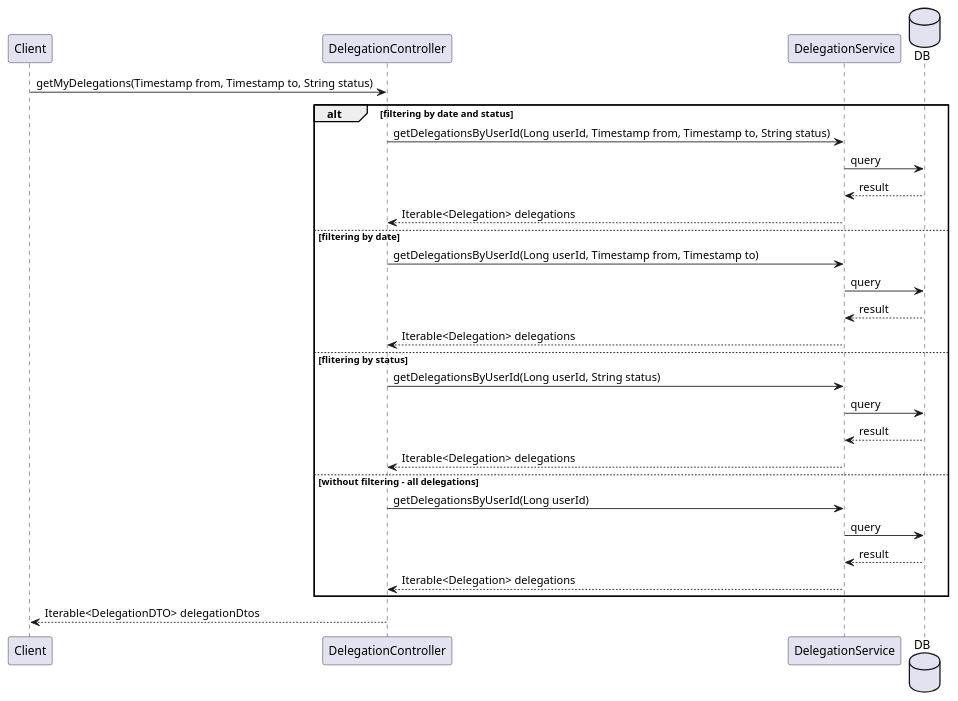
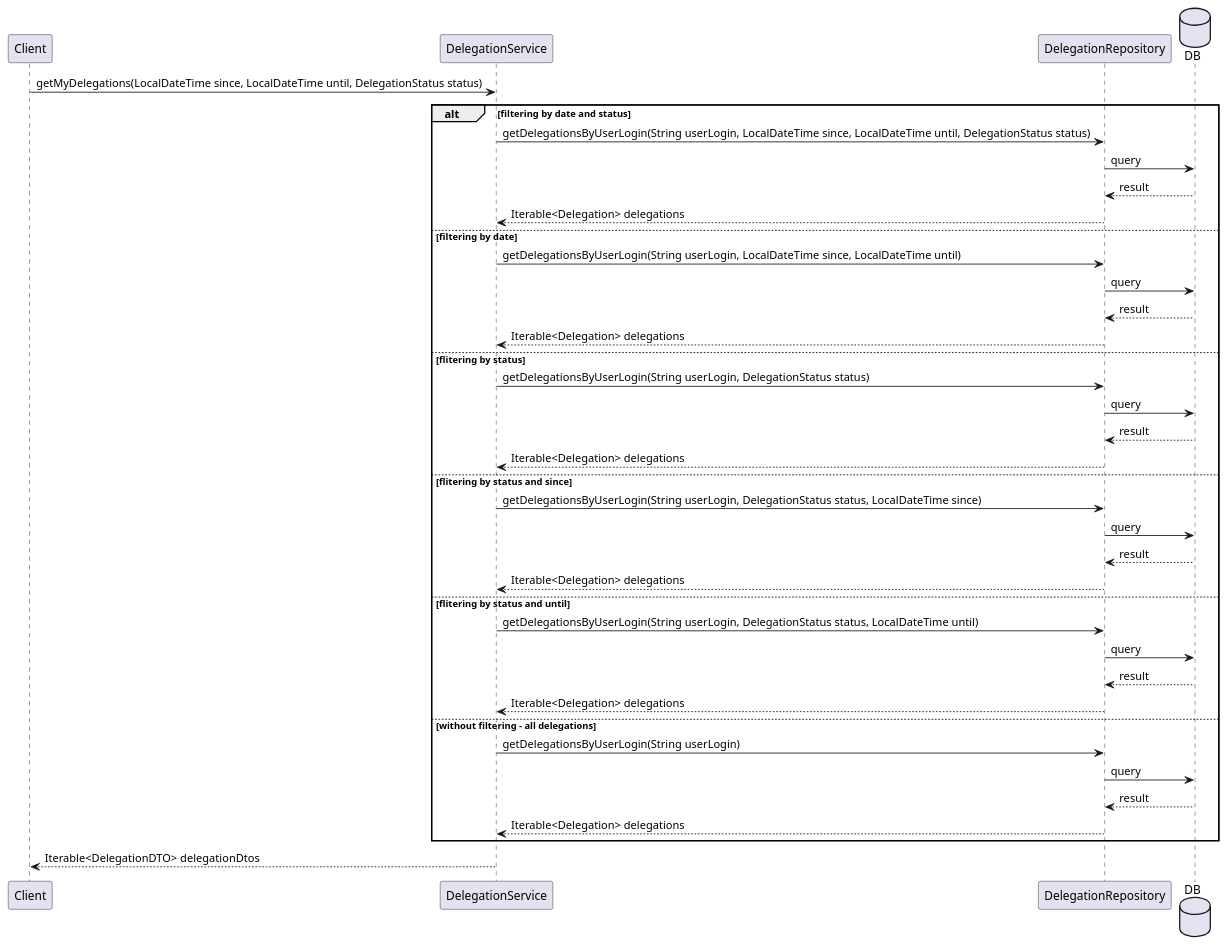
One commit to Buk1m/delegation-assistance changed the diagram in documentation/DelegationManagement/GetMyDelegations/GetMyDelegations.md. Above: the diagram before and after it, drawn with PlantUML. The commit also changed other lines of this file and 19 other files, not shown here.

First line of the commit message:
Merge pull request #26 in IP/idemia19 from feature/IDEMIA2019-2-backend-get-delegations to master

```diff
--- a/documentation/DelegationManagement/GetMyDelegations/GetMyDelegations.md
+++ b/documentation/DelegationManagement/GetMyDelegations/GetMyDelegations.md
@@ -5,26 +5,36 @@
-@startuml
-"Client"->"DelegationController":getMyDelegations(Timestamp from, Timestamp to, String status)
+@startuml getMyDelegations
+"Client"->"DelegationService":getMyDelegations(LocalDateTime since, LocalDateTime until, DelegationStatus status)
 alt filtering by date and status
-    "DelegationController"->DelegationService:getDelegationsByUserId(Long userId, Timestamp from, Timestamp to, String status)
-    database DB
-    DelegationService->DB:query
-    DB-->DelegationService:result
-    DelegationService-->"DelegationController":Iterable<Delegation> delegations
+"DelegationService"->DelegationRepository:getDelegationsByUserLogin(String userLogin, LocalDateTime since, LocalDateTime until, DelegationStatus status)
+database DB
+DelegationRepository->DB:query
+DB-->DelegationRepository:result
+DelegationRepository-->"DelegationService":Iterable<Delegation> delegations
 else filtering by date
-    "DelegationController"->DelegationService:getDelegationsByUserId(Long userId, Timestamp from, Timestamp to)
-    DelegationService->DB:query
-    DB-->DelegationService:result
-    DelegationService-->"DelegationController":Iterable<Delegation> delegations
+"DelegationService"->DelegationRepository:getDelegationsByUserLogin(String userLogin, LocalDateTime since, LocalDateTime until)
+DelegationRepository->DB:query
+DB-->DelegationRepository:result
+DelegationRepository-->"DelegationService":Iterable<Delegation> delegations
 else flitering by status
-    "DelegationController"->DelegationService:getDelegationsByUserId(Long userId, String status)
-    DelegationService->DB:query
-    DB-->DelegationService:result
-    DelegationService-->"DelegationController":Iterable<Delegation> delegations
+"DelegationService"->DelegationRepository:getDelegationsByUserLogin(String userLogin, DelegationStatus status)
+DelegationRepository->DB:query
+DB-->DelegationRepository:result
+DelegationRepository-->"DelegationService":Iterable<Delegation> delegations
+else flitering by status and since
+"DelegationService"->DelegationRepository:getDelegationsByUserLogin(String userLogin, DelegationStatus status, LocalDateTime since)
+DelegationRepository->DB:query
+DB-->DelegationRepository:result
+DelegationRepository-->"DelegationService":Iterable<Delegation> delegations
+else flitering by status and until
+"DelegationService"->DelegationRepository:getDelegationsByUserLogin(String userLogin, DelegationStatus status, LocalDateTime until)
+DelegationRepository->DB:query
+DB-->DelegationRepository:result
+DelegationRepository-->"DelegationService":Iterable<Delegation> delegations
 else without filtering - all delegations
-    "DelegationController"->DelegationService:getDelegationsByUserId(Long userId)
-    DelegationService->DB:query
-    DB-->DelegationService:result
-    DelegationService-->"DelegationController":Iterable<Delegation> delegations
+"DelegationService"->DelegationRepository:getDelegationsByUserLogin(String userLogin)
+DelegationRepository->DB:query
+DB-->DelegationRepository:result
+DelegationRepository-->"DelegationService":Iterable<Delegation> delegations
 end
-"DelegationController"-->Client:Iterable<DelegationDTO> delegationDtos
+"DelegationService"-->Client:Iterable<DelegationDTO> delegationDtos
 @enduml
```
